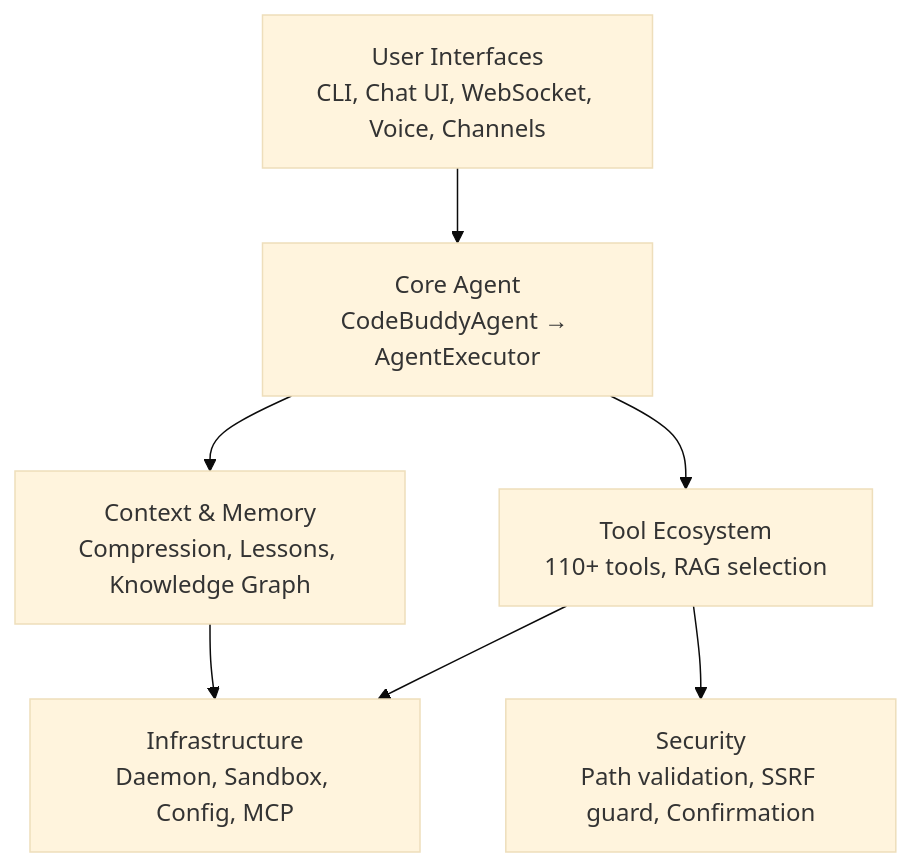
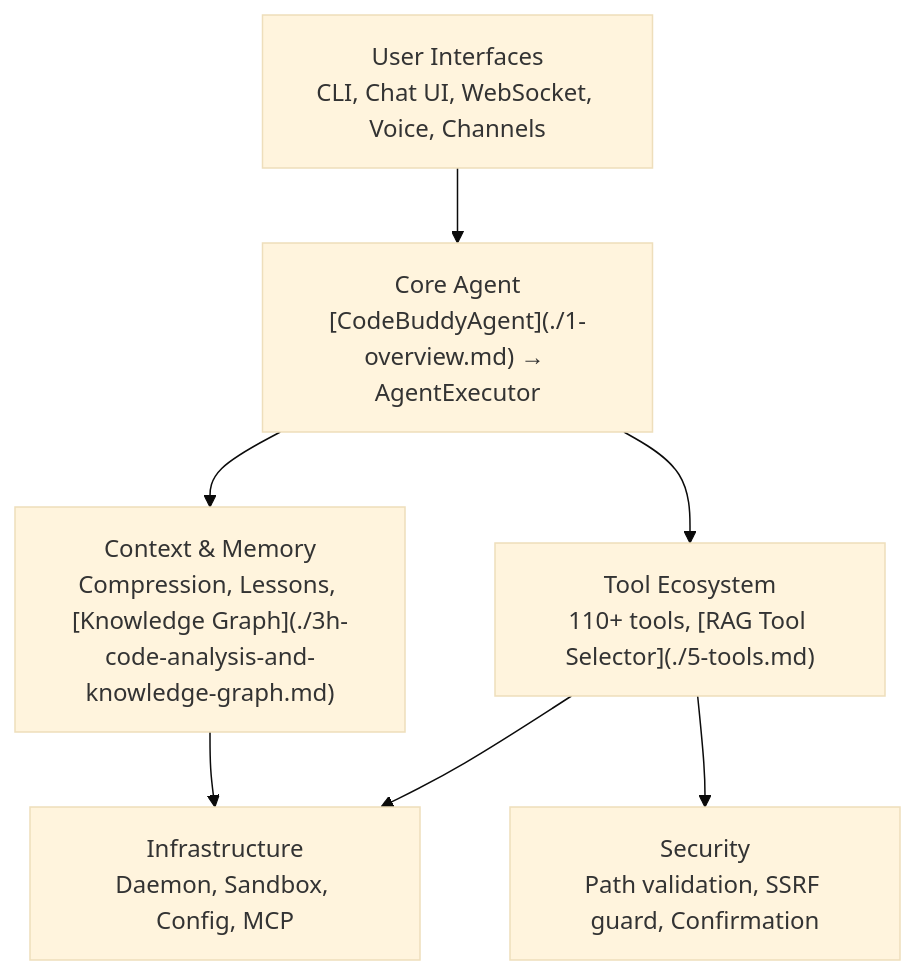
Before and after one commit to Zeeeepa/code-buddy: the first of 3 diagrams in .codebuddy/docs/2-architecture.md, drawn with Mermaid (base theme). The commit also changed other lines of this file and 29 other files, not shown here.

````diff
--- a/.codebuddy/docs/2-architecture.md
+++ b/.codebuddy/docs/2-architecture.md
@@ -9,15 +9,15 @@
 ```mermaid
 graph TD
   UI["User Interfaces<br/>CLI, Chat UI, WebSocket, Voice, Channels"]
-  AGENT["Core Agent<br/>CodeBuddyAgent → AgentExecutor"]
-  TOOLS["Tool Ecosystem<br/>110+ tools, RAG selection"]
-  CTX["Context & Memory<br/>Compression, Lessons, Knowledge Graph"]
+  AGENT["Core Agent<br/>[CodeBuddyAgent](./1-overview.md) → AgentExecutor"]
+  TOOLS["Tool Ecosystem<br/>110+ tools, [RAG Tool Selector](./5-tools.md)"]
+  CTX["Context & Memory<br/>Compression, Lessons, [Knowledge Graph](./3h-code-analysis-and-knowledge-graph.md)"]
   INFRA["Infrastructure<br/>Daemon, Sandbox, Config, MCP"]
   SEC["Security<br/>Path validation, SSRF guard, Confirmation"]
   UI --> AGENT
   AGENT --> TOOLS
   AGENT --> CTX
   TOOLS --> INFRA
   TOOLS --> SEC
   CTX --> INFRA
 ```
````
